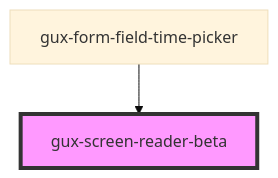
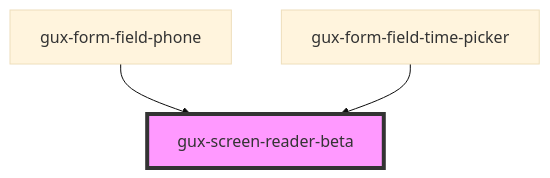
One commit to MyPureCloud/genesys-spark changed the diagram in src/components/beta/gux-screen-reader/readme.md. Above: the diagram before and after it, drawn with Mermaid (base theme). The commit also changed other lines of this file and 46 other files, not shown here.

Commit message:
chore(phone-input): refactoring to use form-field paradigm like time-picker

````diff
--- a/src/components/beta/gux-screen-reader/readme.md
+++ b/src/components/beta/gux-screen-reader/readme.md
@@ -22,5 +23,6 @@
 ```mermaid
 graph TD;
+  gux-form-field-phone --> gux-screen-reader-beta
   gux-form-field-time-picker --> gux-screen-reader-beta
   style gux-screen-reader-beta fill:#f9f,stroke:#333,stroke-width:4px
 ```
````
